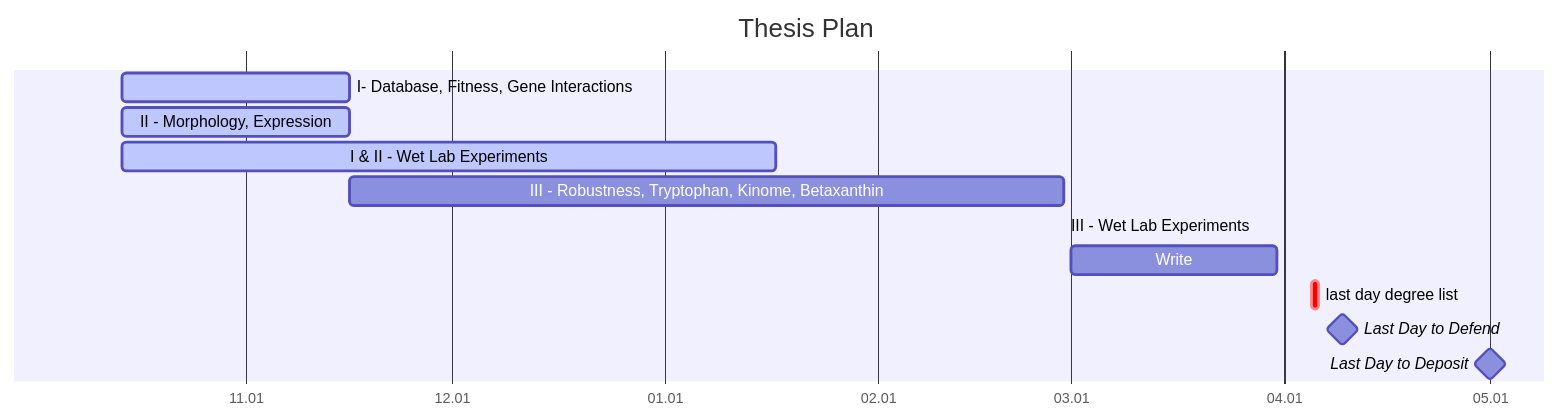
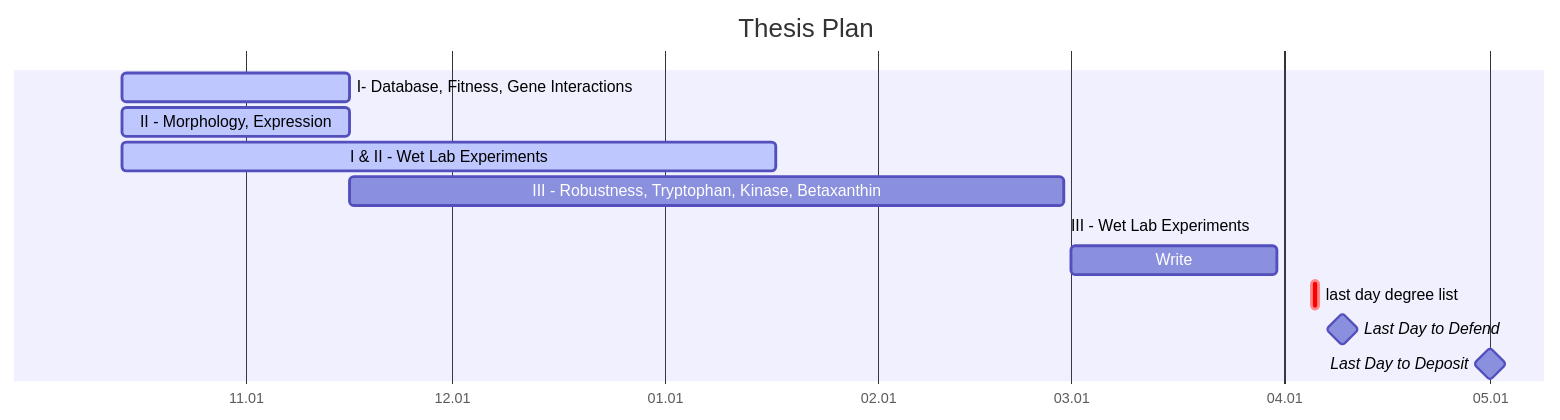
The first of 2 diagrams in notes/user.Mjvolk3.torchcell.tasks.weekly.2025.44.report.md (Mjvolk3/torchcell), drawn with Mermaid before and after one commit. The commit also changed other lines of this file and 13 other files, not shown here.

````diff
--- a/notes/user.Mjvolk3.torchcell.tasks.weekly.2025.44.report.md
+++ b/notes/user.Mjvolk3.torchcell.tasks.weekly.2025.44.report.md
@@ -21,16 +22,16 @@
 ```mermaid
 gantt
     dateFormat  YYYY.MM.DD
     title       Thesis Plan
     axisFormat %m.%d
 
     I- Database, Fitness, Gene Interactions             : active,    project I, 2025.10.14, 2025.11.16
     II - Morphology, Expression                         : active,    project II, 2025.10.14, 2025.11.16
     I & II - Wet Lab Experiments                        : active,    wet Lab project I & II, 2025.10.14, 2026.01.17
-    III - Robustness, Tryptophan, Kinome, Betaxanthin   :            project III, 2025.11.16, 2026.02.28
+    III - Robustness, Tryptophan, Kinase, Betaxanthin   :            project III, 2025.11.16, 2026.02.28
     III - Wet Lab Experiments                           :            wet lab project III, 2026.02.28, 2026.02.28
     Write                                               :            write, 2026.03.01, 2026.03.31
     last day degree list                                : crit,      degree_list, 2026.04.05, 2026.04.06
     Last Day to Defend                                  : milestone, defense, 2026.04.09, 2026.04.10
     Last Day to Deposit                                 : milestone, deposit, 2026.05.01, 2026.05.01
 ```
````
